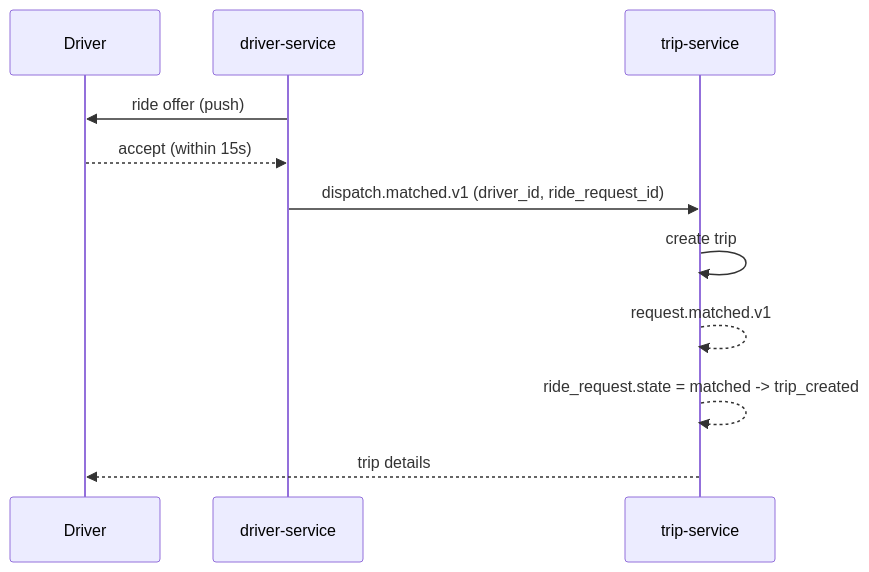
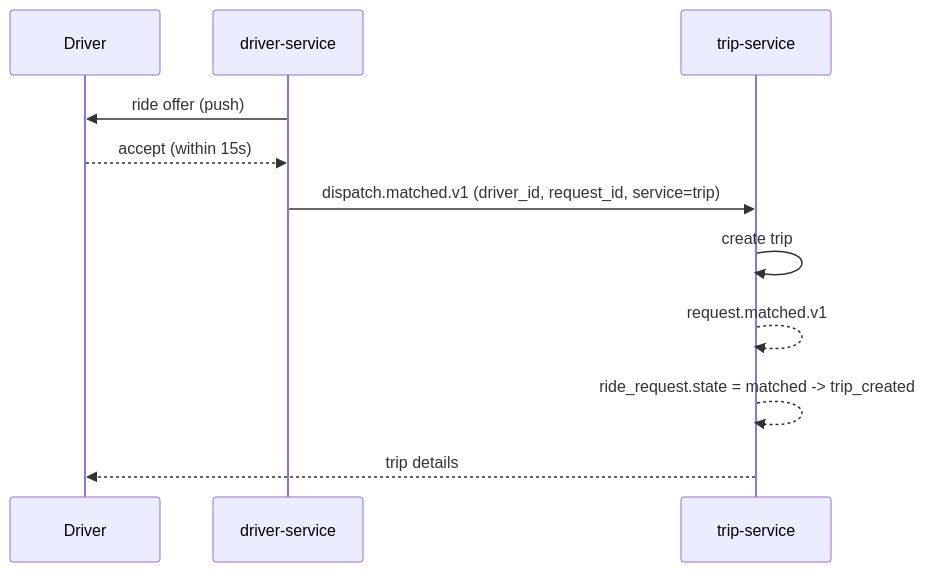
The sixth of 15 diagrams in docs/workflows/RIDE_WORKFLOWS.md (mohamedhabibwork/trips-enjoy-docs), drawn with Mermaid before and after one commit. The commit also changed other lines of this file and 72 other files, not shown here.

Commit message:
docs: wire canonical backref footers across architecture/workflow/shared/ERD + 19 READMEs (audit-driven)

````diff
--- a/docs/workflows/RIDE_WORKFLOWS.md
+++ b/docs/workflows/RIDE_WORKFLOWS.md
@@ -140,14 +140,14 @@
 ```mermaid
 sequenceDiagram
     participant DR as Driver
     participant DRV as driver-service
     participant TR as trip-service
 
     DRV->>DR: ride offer (push)
     DR-->>DRV: accept (within 15s)
-    DRV->>TR: dispatch.matched.v1 (driver_id, ride_request_id)
+    DRV->>TR: dispatch.matched.v1 (driver_id, request_id, service=trip)
     TR->>TR: create trip
     TR-->>TR: request.matched.v1
     TR-->>TR: ride_request.state = matched -> trip_created
     TR-->>DR: trip details
 ```
````
